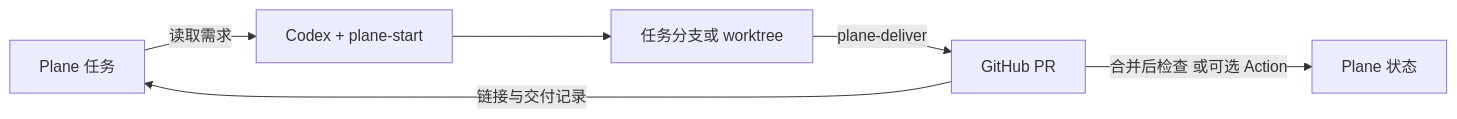
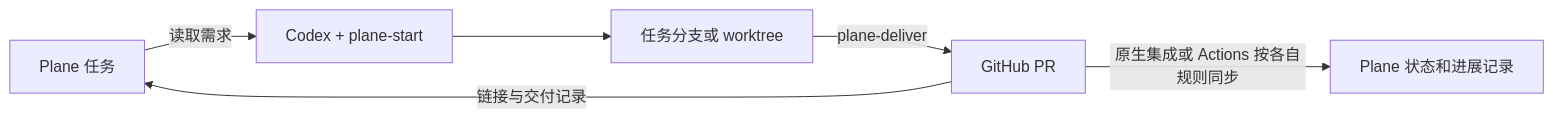
Before and after one commit to SoaringLabs/plane-devflow: the diagram in README.md, drawn with Mermaid. The commit also changed other lines of this file and 36 other files, not shown here.

````diff
--- a/README.md
+++ b/README.md
@@ -25,8 +31,8 @@
 ```mermaid
 flowchart LR
   P[Plane 任务] -->|读取需求| C[Codex + plane-start]
   C --> B[任务分支或 worktree]
   B -->|plane-deliver| R[GitHub PR]
   R -->|链接与交付记录| P
-  R -->|合并后检查 或可选 Action| S[Plane 状态]
+  R -->|原生集成或 Actions 按各自规则同步| S[Plane 状态和进展记录]
 ```
````
